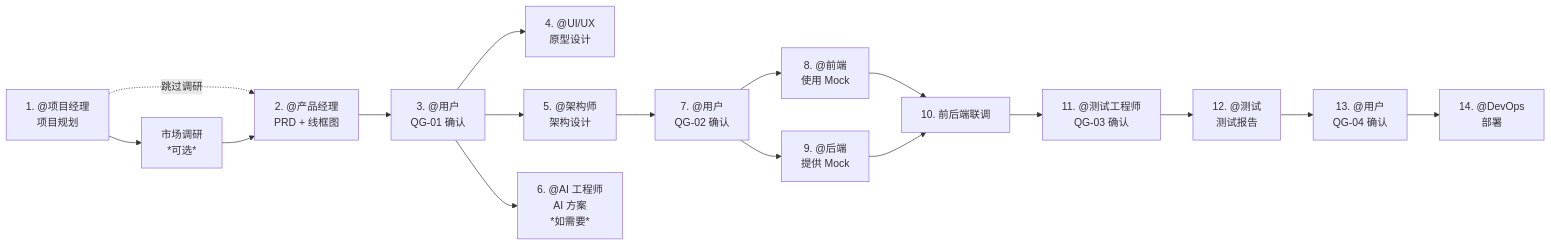
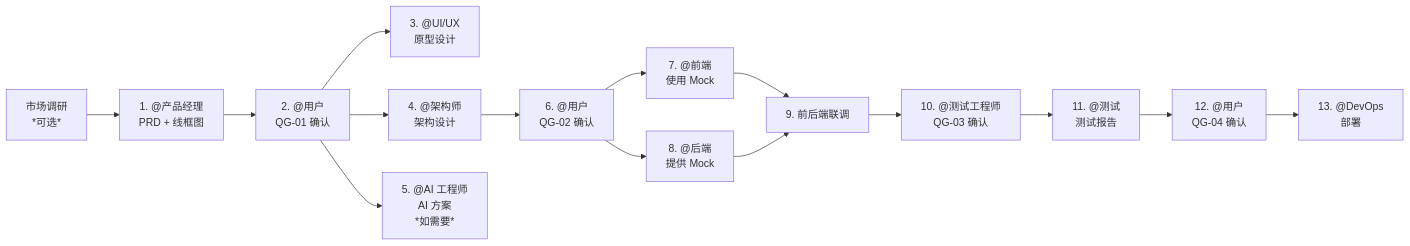
Before and after one commit to bignof/Agent-Team-Framework: the diagram in README.md, drawn with Mermaid. The commit also changed other lines of this file and 7 other files, not shown here.

````diff
--- a/README.md
+++ b/README.md
@@ -60,19 +59,17 @@
 ```mermaid
 graph LR
-    A[1. @项目经理<br/>项目规划] --> C[市场调研<br/>*可选*]
-    A -.->|跳过调研| D
-    C --> D[2. @产品经理<br/>PRD + 线框图]
-    D --> QG1[3. @用户<br/>QG-01 确认]
-    QG1 --> F[4. @UI/UX<br/>原型设计]
-    QG1 --> G[5. @架构师<br/>架构设计]
-    QG1 --> L[6. @AI 工程师<br/>AI 方案<br/>*如需要*]
-    G --> QG2[7. @用户<br/>QG-02 确认]
-    QG2 --> J[8. @前端<br/>使用 Mock]
-    QG2 --> K[9. @后端<br/>提供 Mock]
-    J --> M[10. 前后端联调]
+    C[市场调研<br/>*可选*] --> D[1. @产品经理<br/>PRD + 线框图]
+    D --> QG1[2. @用户<br/>QG-01 确认]
+    QG1 --> F[3. @UI/UX<br/>原型设计]
+    QG1 --> G[4. @架构师<br/>架构设计]
+    QG1 --> L[5. @AI 工程师<br/>AI 方案<br/>*如需要*]
+    G --> QG2[6. @用户<br/>QG-02 确认]
+    QG2 --> J[7. @前端<br/>使用 Mock]
+    QG2 --> K[8. @后端<br/>提供 Mock]
+    J --> M[9. 前后端联调]
     K --> M
-    M --> QG3[11. @测试工程师<br/>QG-03 确认]
-    QG3 --> N[12. @测试<br/>测试报告]
-    N --> QG4[13. @用户<br/>QG-04 确认]
-    QG4 --> P[14. @DevOps<br/>部署]
+    M --> QG3[10. @测试工程师<br/>QG-03 确认]
+    QG3 --> N[11. @测试<br/>测试报告]
+    N --> QG4[12. @用户<br/>QG-04 确认]
+    QG4 --> P[13. @DevOps<br/>部署]
 ```
````
